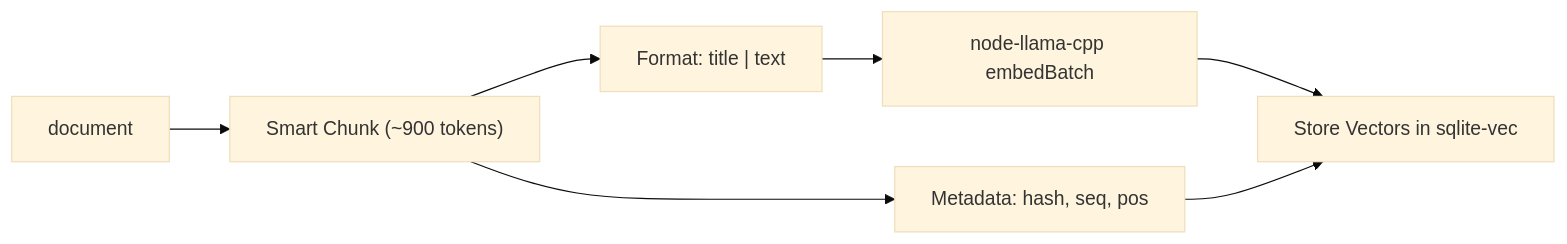
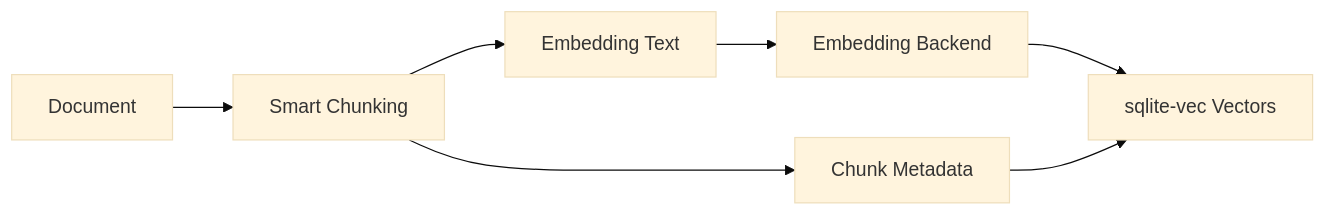
Before and after one commit to ambicuity/KINDX: the fourth of 4 diagrams in README.md, drawn with Mermaid (base theme). The commit also changed other lines of this file and 43 other files, not shown here.

````diff
--- a/README.md
+++ b/README.md
@@ -1078,9 +567,9 @@
 ```mermaid
 flowchart LR
-    DOC["document"] --> CHUNK["Smart Chunk (~900 tokens)"]
-    CHUNK --> FMT["Format: title | text"]
-    FMT --> LLM["node-llama-cpp embedBatch"]
-    LLM --> STORE["Store Vectors in sqlite-vec"]
-    CHUNK --> META["Metadata: hash, seq, pos"]
+    DOC["Document"] --> CHUNK["Smart Chunking"]
+    CHUNK --> FMT["Embedding Text"]
+    FMT --> LLM["Embedding Backend"]
+    LLM --> STORE["sqlite-vec Vectors"]
+    CHUNK --> META["Chunk Metadata"]
     META --> STORE
 ```
````
